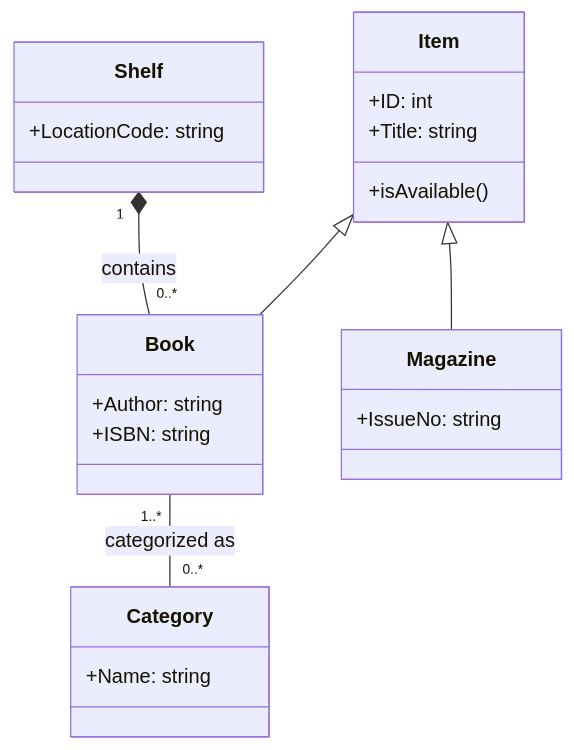
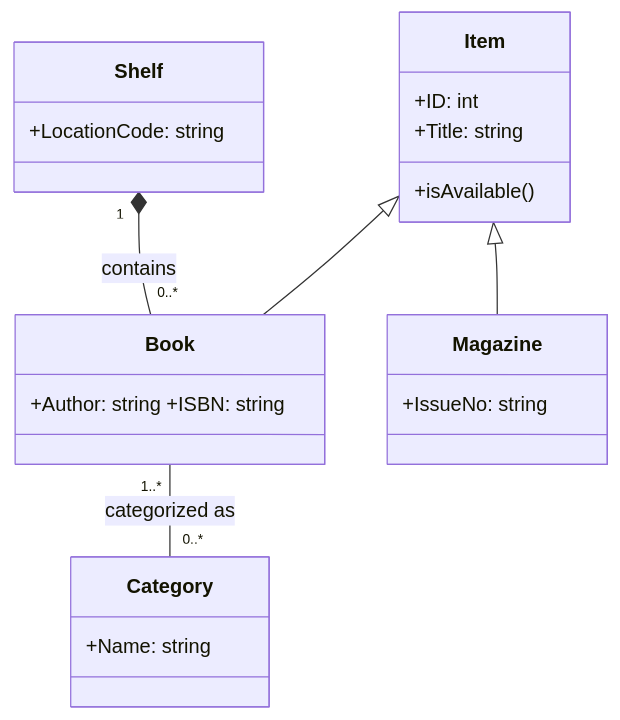
The second of 2 diagrams in docs/bot-bank/114-2QA.md (vince115/bank-exams), drawn with Mermaid before and after one commit. The commit also changed other lines of this file, not shown here.

Commit message:
fix: robust Mermaid init for GitHub Pages

````diff
--- a/docs/bot-bank/114-2QA.md
+++ b/docs/bot-bank/114-2QA.md
@@ -249,30 +241,17 @@
-<div class="mermaid">
+```mermaid
 classDiagram
 class Item {
   +ID: int
   +Title: string
   +isAvailable()
 }
-
-class Book {
-  +Author: string
-  +ISBN: string
-}
-
-class Magazine {
-  +IssueNo: string
-}
-
-class Category {
-  +Name: string
-}
-
-class Shelf {
-  +LocationCode: string
-}
+class Book { +Author: string  +ISBN: string }
+class Magazine { +IssueNo: string }
+class Category { +Name: string }
+class Shelf { +LocationCode: string }
 
 Item <|-- Book
 Item <|-- Magazine
 Book "1..*" -- "0..*" Category : categorized as
 Shelf "1" *-- "0..*" Book : contains
-</div>
+```
````
